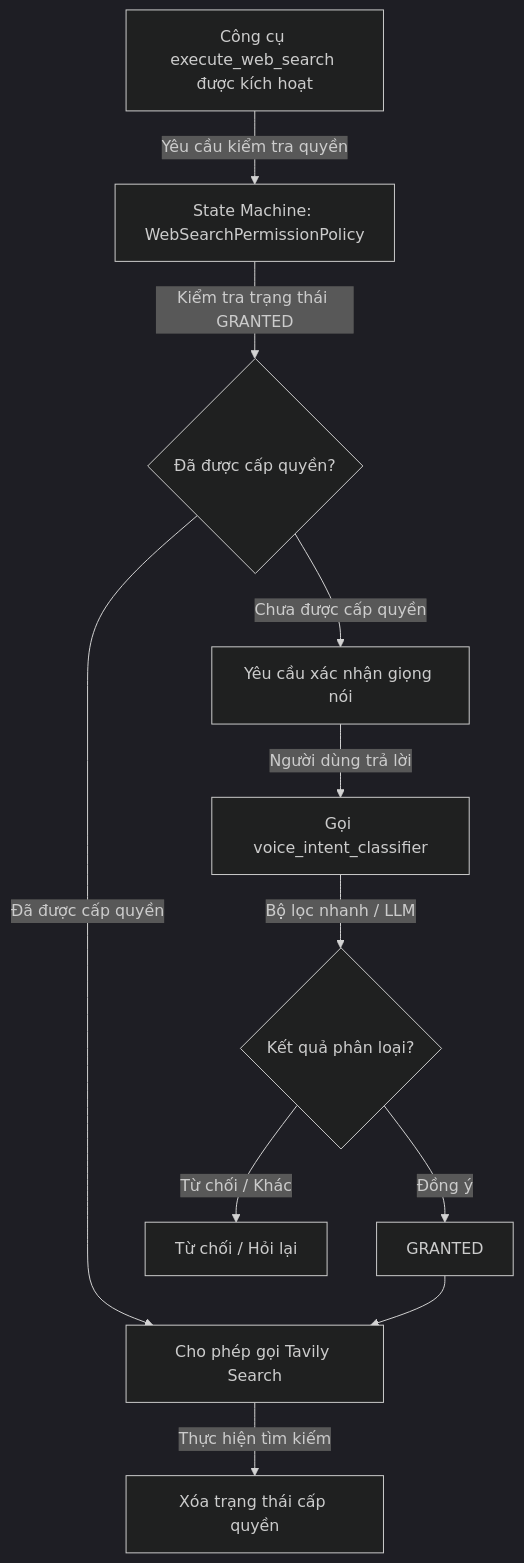
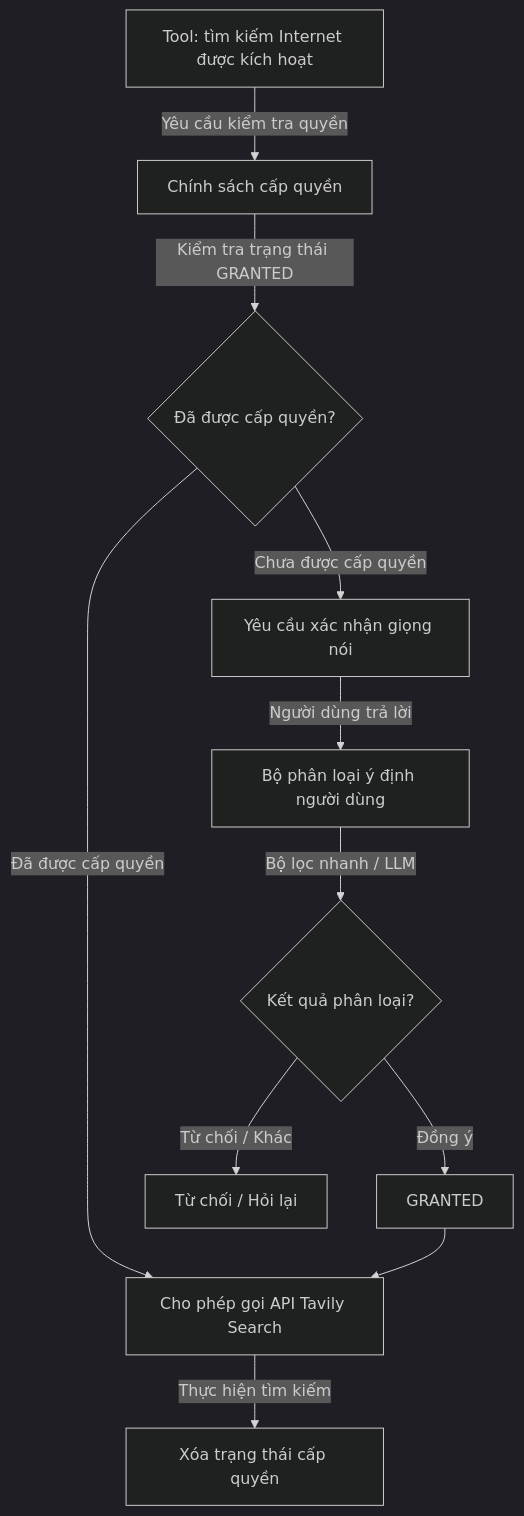
Before and after one commit to KhoaSinno/triam-backend: the fifth of 5 diagrams in _docs_capstone/outline_4c.md, drawn with Mermaid (dark theme). The commit also changed other lines of this file, not shown here.

````diff
--- a/_docs_capstone/outline_4c.md
+++ b/_docs_capstone/outline_4c.md
@@ -201,13 +239,13 @@
 ```mermaid
 flowchart TD
-    Tool[Công cụ execute_web_search được kích hoạt] -->|Yêu cầu kiểm tra quyền| Policy[State Machine: WebSearchPermissionPolicy]
+    Tool[Tool: tìm kiếm Internet được kích hoạt] -->|Yêu cầu kiểm tra quyền| Policy[Chính sách cấp quyền]
     Policy -->|Kiểm tra trạng thái GRANTED| StateCheck{Đã được cấp quyền?}
     StateCheck -->|Chưa được cấp quyền| Ask[Yêu cầu xác nhận giọng nói]
-    StateCheck -->|Đã được cấp quyền| Allowed[Cho phép gọi Tavily Search]
-    Ask -->|Người dùng trả lời| UserReply[Gọi voice_intent_classifier]
+    StateCheck -->|Đã được cấp quyền| Allowed[Cho phép gọi API Tavily Search]
+    Ask -->|Người dùng trả lời| UserReply[Bộ phân loại ý định người dùng]
     UserReply -->|Bộ lọc nhanh / LLM| Classification{Kết quả phân loại?}
     Classification -->|Đồng ý| Granted[GRANTED]
     Classification -->|Từ chối / Khác| Denied[Từ chối / Hỏi lại]
     Granted --> Allowed
     Allowed -->|Thực hiện tìm kiếm| Clear[Xóa trạng thái cấp quyền]
 ```
````
